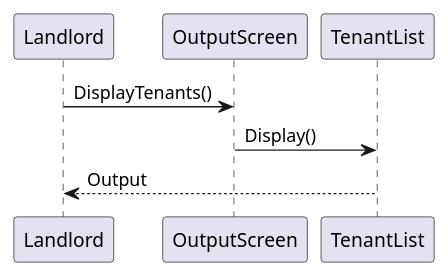
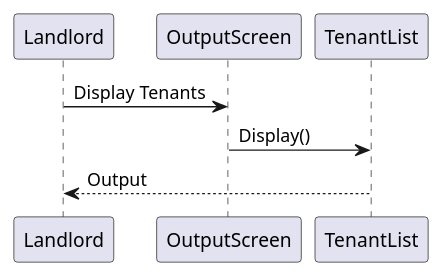
The diagram in activity5/displayTenant.puml (ben9543/CECS-343-Capstone-Project), drawn with PlantUML before and after one commit. The commit also changed 13 other files, not shown here.

Commit message:
Update all diagrams

```diff
--- a/activity5/displayTenant.puml
+++ b/activity5/displayTenant.puml
@@ -1,8 +1,8 @@
 @startuml DisplayTenants
 
-Landlord -> OutputScreen: DisplayTenants()
+Landlord -> OutputScreen: Display Tenants
 OutputScreen -> TenantList: Display()
 Landlord <-- TenantList: Output
 
 
 @enduml
```
